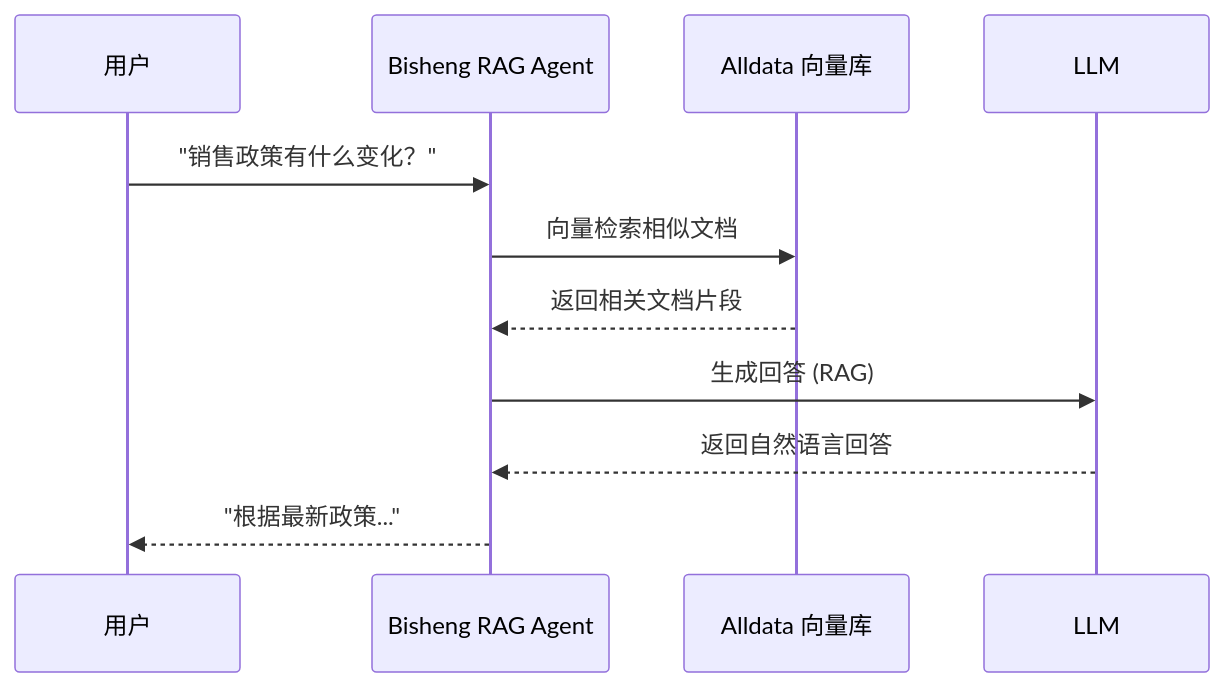
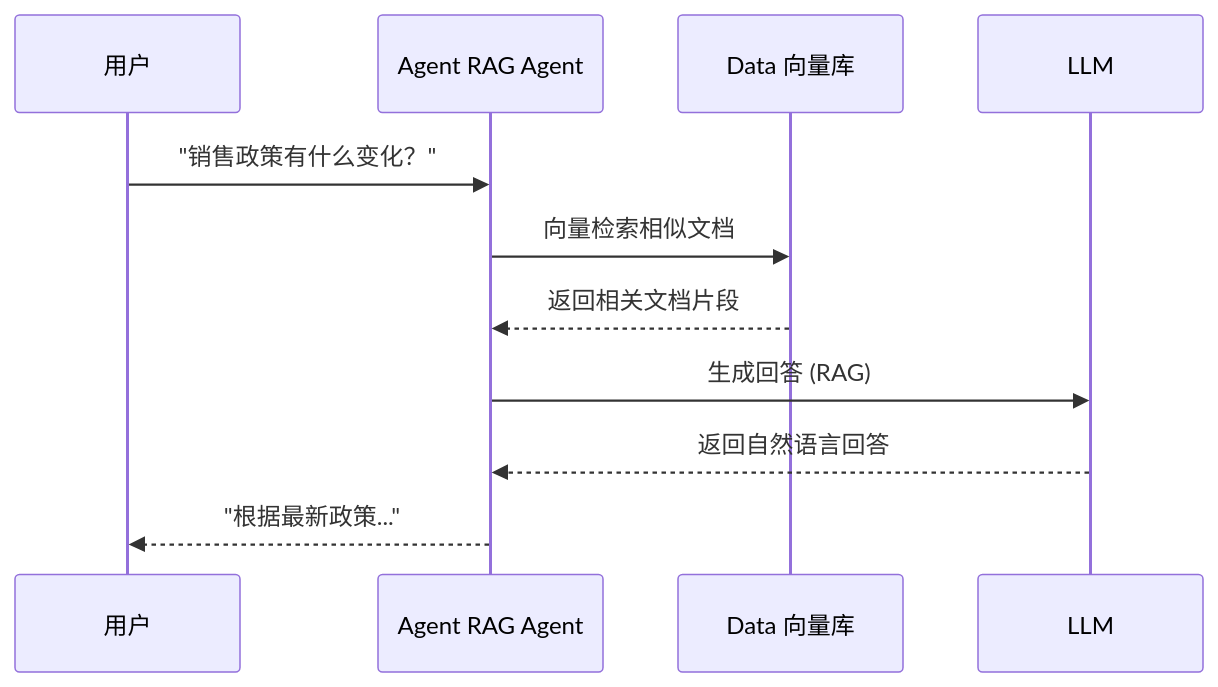
Before and after one commit to iannil/one-data-studio: the second of 3 diagrams in docs/02-integration/data-agent.md, drawn with Mermaid. The commit also changed other lines of this file and 58 other files, not shown here.

````diff
--- a/docs/02-integration/data-agent.md
+++ b/docs/02-integration/data-agent.md
@@ -59,14 +59,14 @@
 ```mermaid
 sequenceDiagram
     participant User as 用户
-    participant Bisheng as Bisheng RAG Agent
-    participant VectorDB as Alldata 向量库
+    participant Agent as Agent RAG Agent
+    participant VectorDB as Data 向量库
     participant LLM as LLM
 
-    User->>Bisheng: "销售政策有什么变化？"
-    Bisheng->>VectorDB: 向量检索相似文档
-    VectorDB-->>Bisheng: 返回相关文档片段
-    Bisheng->>LLM: 生成回答 (RAG)
-    LLM-->>Bisheng: 返回自然语言回答
-    Bisheng-->>User: "根据最新政策..."
+    User->>Agent: "销售政策有什么变化？"
+    Agent->>VectorDB: 向量检索相似文档
+    VectorDB-->>Agent: 返回相关文档片段
+    Agent->>LLM: 生成回答 (RAG)
+    LLM-->>Agent: 返回自然语言回答
+    Agent-->>User: "根据最新政策..."
 ```
````
